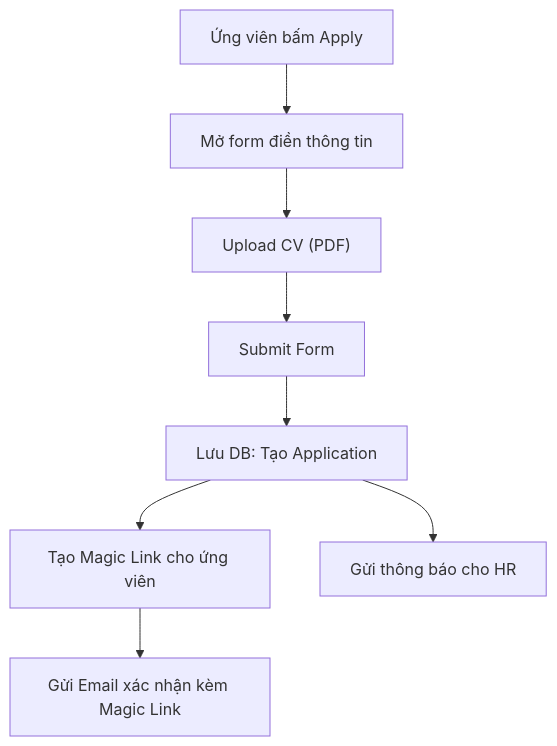
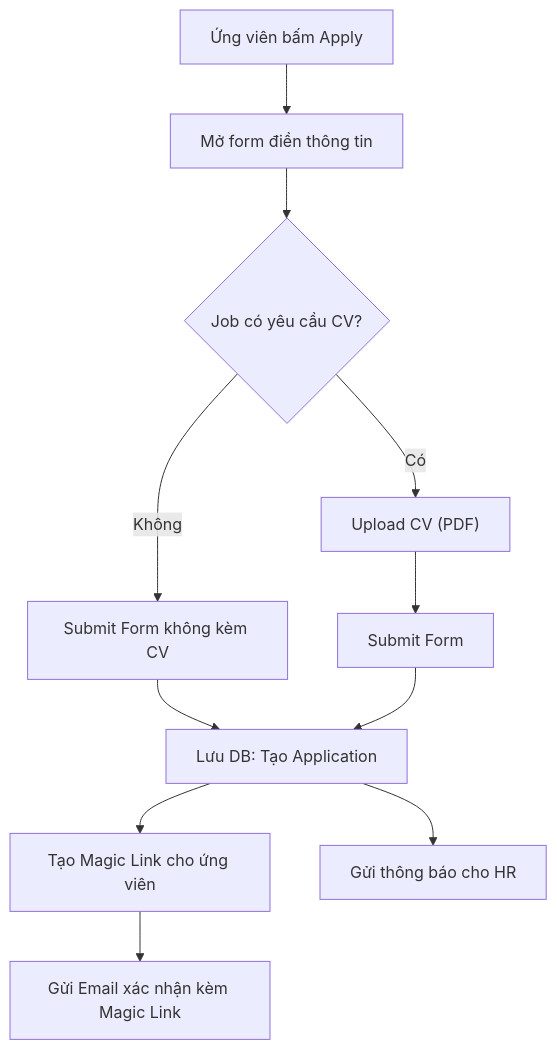
Before and after one commit to VanHaPtit/EasyTech_FE: the diagram in nghiep_vu/epic-06_Career_Site/user-story-26_Nop_CV/user-story.md, drawn with Mermaid. The commit also changed other lines of this file and 7 other files, not shown here.

````diff
--- a/nghiep_vu/epic-06_Career_Site/user-story-26_Nop_CV/user-story.md
+++ b/nghiep_vu/epic-06_Career_Site/user-story-26_Nop_CV/user-story.md
@@ -11,10 +11,13 @@
 ```mermaid
 graph TD
     A[Ứng viên bấm Apply] --> B[Mở form điền thông tin]
-    B --> C["Upload CV (PDF)"]
-    C --> D[Submit Form]
-    D --> E["Lưu DB: Tạo Application"]
-    E --> F[Tạo Magic Link cho ứng viên]
-    F --> G[Gửi Email xác nhận kèm Magic Link]
-    E --> H[Gửi thông báo cho HR]
+    B --> C{"Job có yêu cầu CV?"}
+    C -- Có --> D["Upload CV (PDF)"]
+    C -- Không --> E[Submit Form không kèm CV]
+    D --> F[Submit Form]
+    E --> G["Lưu DB: Tạo Application"]
+    F --> G
+    G --> H[Tạo Magic Link cho ứng viên]
+    H --> I[Gửi Email xác nhận kèm Magic Link]
+    G --> J[Gửi thông báo cho HR]
 ```
````
